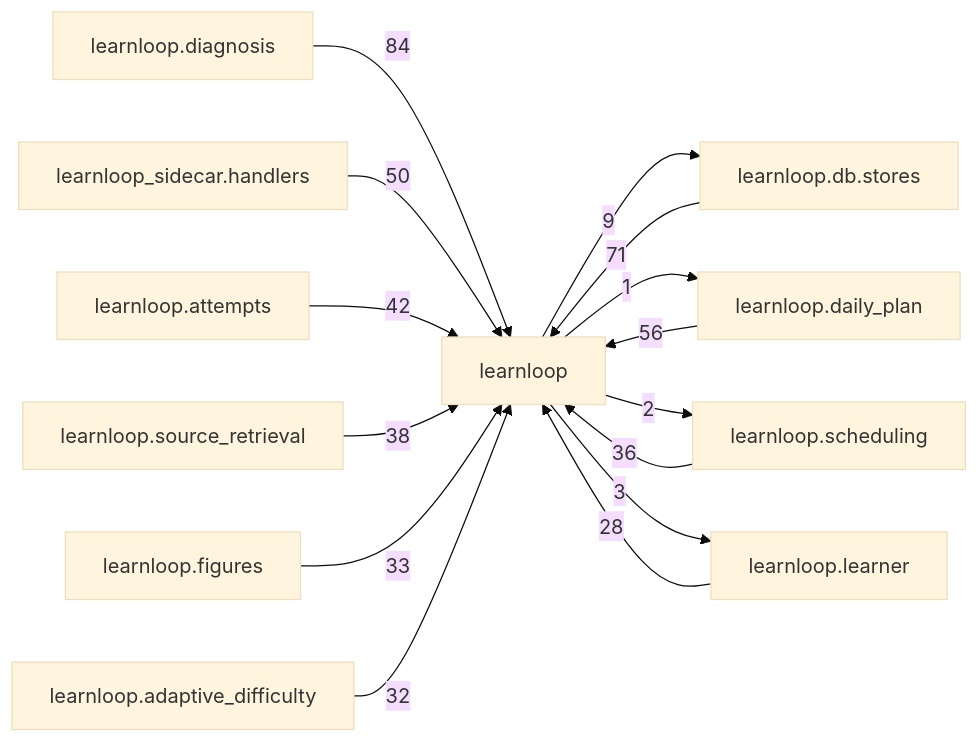
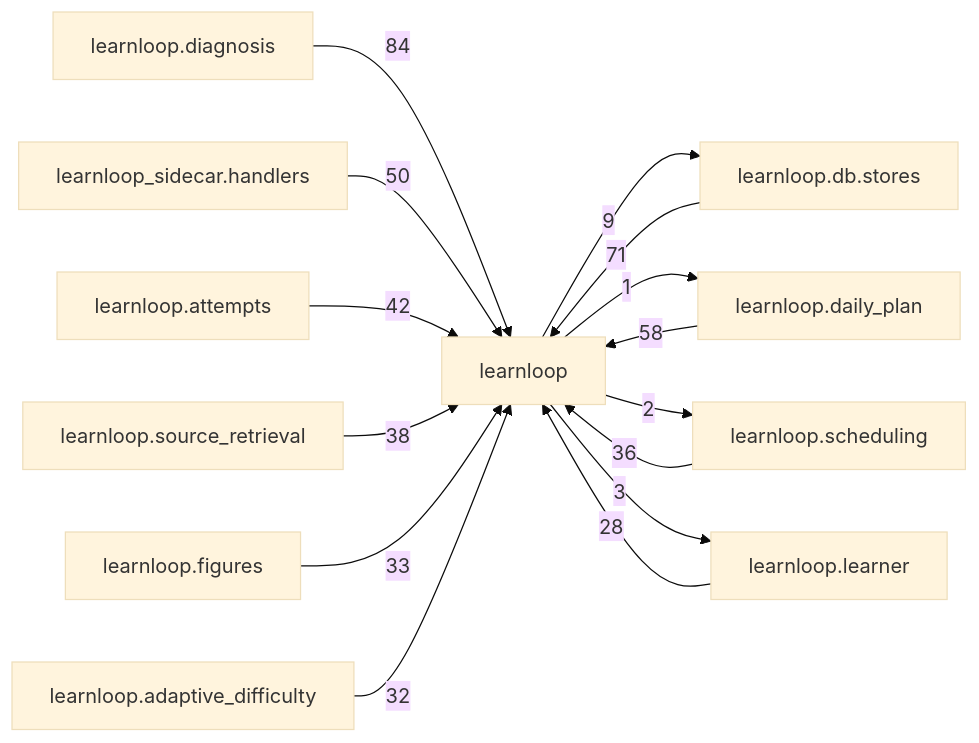
Before and after one commit to 6up-b/learnanything: the diagram in docs/learnloop-architecture-vault/Reference/Modules/learnloop/_package.md, drawn with Mermaid (base theme). The commit also changed other lines of this file and 24 other files, not shown here.

````diff
--- a/docs/learnloop-architecture-vault/Reference/Modules/learnloop/_package.md
+++ b/docs/learnloop-architecture-vault/Reference/Modules/learnloop/_package.md
@@ -259,28 +259,28 @@
 ```mermaid
 flowchart LR
     center["learnloop"]
     n_learnloop_diagnosis["learnloop.diagnosis"]
     n_learnloop_db_stores["learnloop.db.stores"]
     n_learnloop_daily_plan["learnloop.daily_plan"]
     n_learnloop_sidecar_handlers["learnloop_sidecar.handlers"]
     n_learnloop_attempts["learnloop.attempts"]
     n_learnloop_scheduling["learnloop.scheduling"]
     n_learnloop_source_retrieval["learnloop.source_retrieval"]
     n_learnloop_figures["learnloop.figures"]
     n_learnloop_adaptive_difficulty["learnloop.adaptive_difficulty"]
     n_learnloop_learner["learnloop.learner"]
     n_learnloop_diagnosis -->|84| center
     n_learnloop_db_stores -->|71| center
     center -->|9| n_learnloop_db_stores
-    n_learnloop_daily_plan -->|56| center
+    n_learnloop_daily_plan -->|58| center
     center -->|1| n_learnloop_daily_plan
     n_learnloop_sidecar_handlers -->|50| center
     n_learnloop_attempts -->|42| center
     n_learnloop_scheduling -->|36| center
     center -->|2| n_learnloop_scheduling
     n_learnloop_source_retrieval -->|38| center
     n_learnloop_figures -->|33| center
     n_learnloop_adaptive_difficulty -->|32| center
     n_learnloop_learner -->|28| center
     center -->|3| n_learnloop_learner
 ```
````
